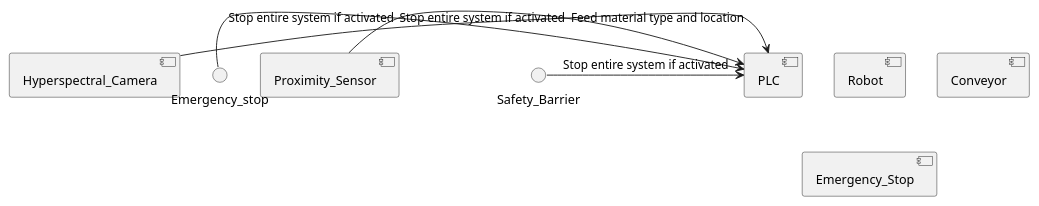
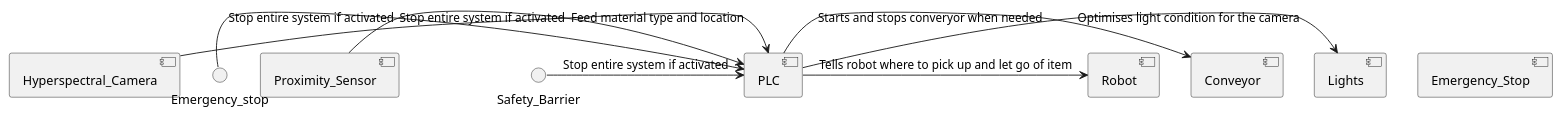
The second of 2 diagrams in src/4.1BlueprintDiagram.md (MetalRecyclingSaxion/Project), drawn with PlantUML before and after one commit.

Commit message:
Added outgoing communication to system communication diagram

````diff
--- a/src/4.1BlueprintDiagram.md
+++ b/src/4.1BlueprintDiagram.md
@@ -36,18 +36,22 @@
 ```plantuml
 @startuml
 component Hyperspectral_Camera
 component PLC
 component Robot
 component Conveyor
+component Lights
 component Emergency_Stop
 component Proximity_Sensor
 
 
 Hyperspectral_Camera -right-> PLC: Feed material type and location
 Emergency_stop -right-> PLC: Stop entire system if activated
 Proximity_Sensor -right-> PLC: Stop entire system if activated
 Safety_Barrier -right-> PLC: Stop entire system if activated
+PLC -right-> Lights: Optimises light condition for the camera
+PLC -right-> Conveyor: Starts and stops converyor when needed
+PLC -right-> Robot: Tells robot where to pick up and let go of item
 
 
 @enduml
 ```
````
